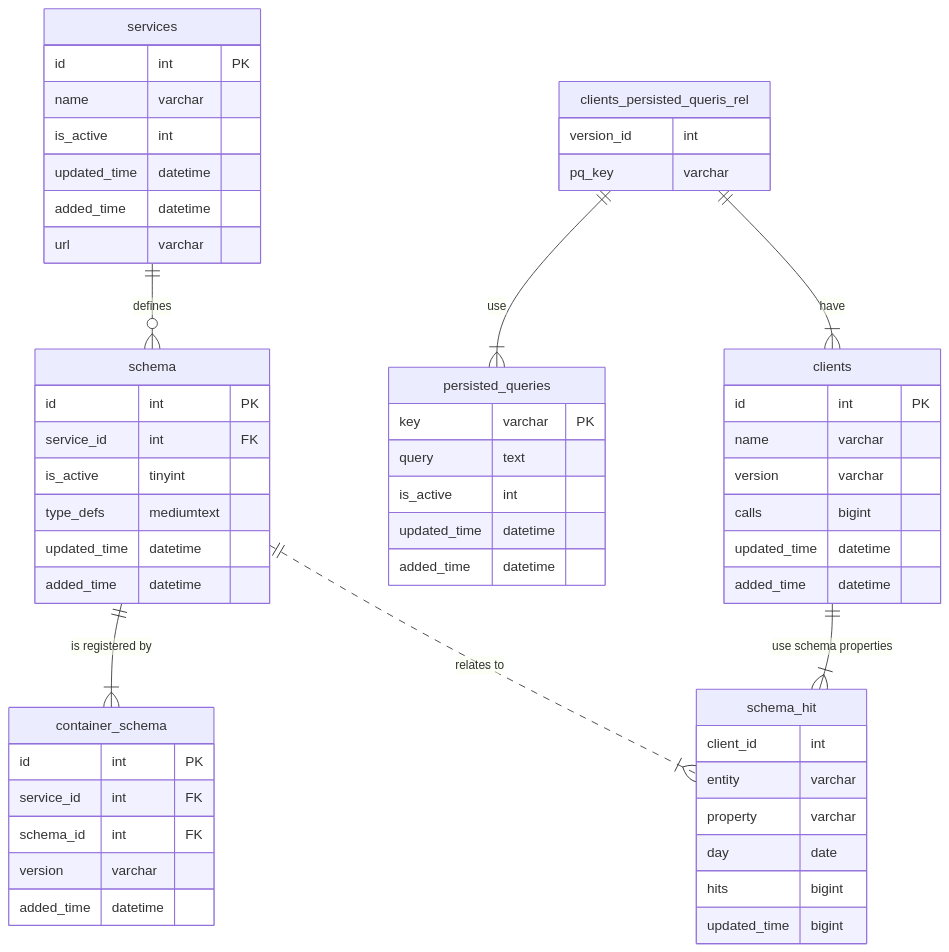
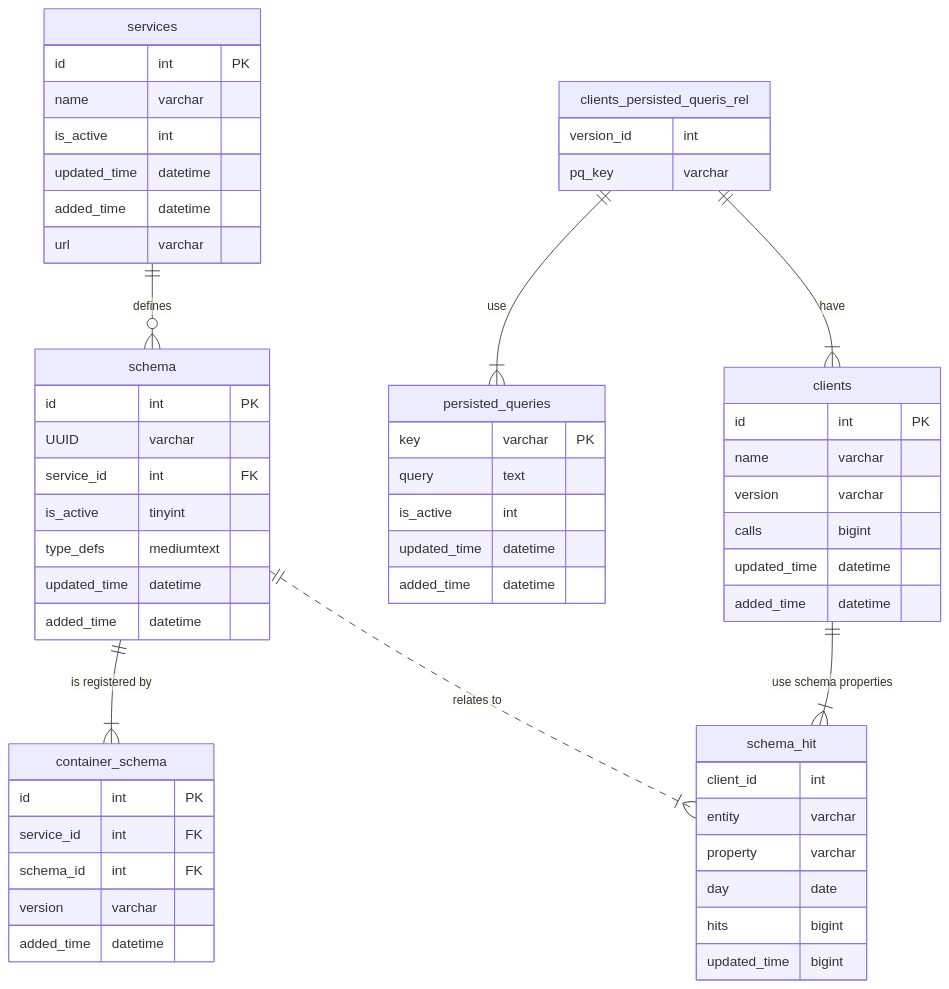
One commit to tot-ra/graphql-schema-registry changed the second of 3 diagrams in README.md. Above: the diagram before and after it, drawn with Mermaid.

````diff
--- a/README.md
+++ b/README.md
@@ -110,61 +110,62 @@
 ```mermaid
 erDiagram
     services {
         id int PK
         name varchar
         is_active int
         updated_time datetime
         added_time datetime
         url varchar
     }
     clients {
         id int PK
         name varchar
         version varchar
         calls bigint
         updated_time datetime
         added_time datetime
     }
     schema {
       id int PK
+      UUID varchar
       service_id int FK
       is_active tinyint
       type_defs mediumtext
       updated_time datetime
       added_time datetime
     }
     container_schema{
       id int PK
       service_id int FK
       schema_id int FK
       version varchar
       added_time datetime
     }
     persisted_queries{
       key varchar PK
       query text
       is_active int
       updated_time datetime
       added_time datetime
     }
     clients_persisted_queris_rel{
       version_id int
       pq_key varchar
     }
     schema_hit{
       client_id int
       entity varchar
       property varchar
       day date
       hits bigint
       updated_time bigint
     }
 
     services ||--o{ schema : defines
     schema ||--|{ container_schema : "is registered by"
     clients_persisted_queris_rel ||--|{ persisted_queries : use
     clients_persisted_queris_rel ||--|{ clients : have
     clients ||--|{ schema_hit : "use schema properties"
     schema ||..|{ schema_hit : "relates to"
 
 ```
````
